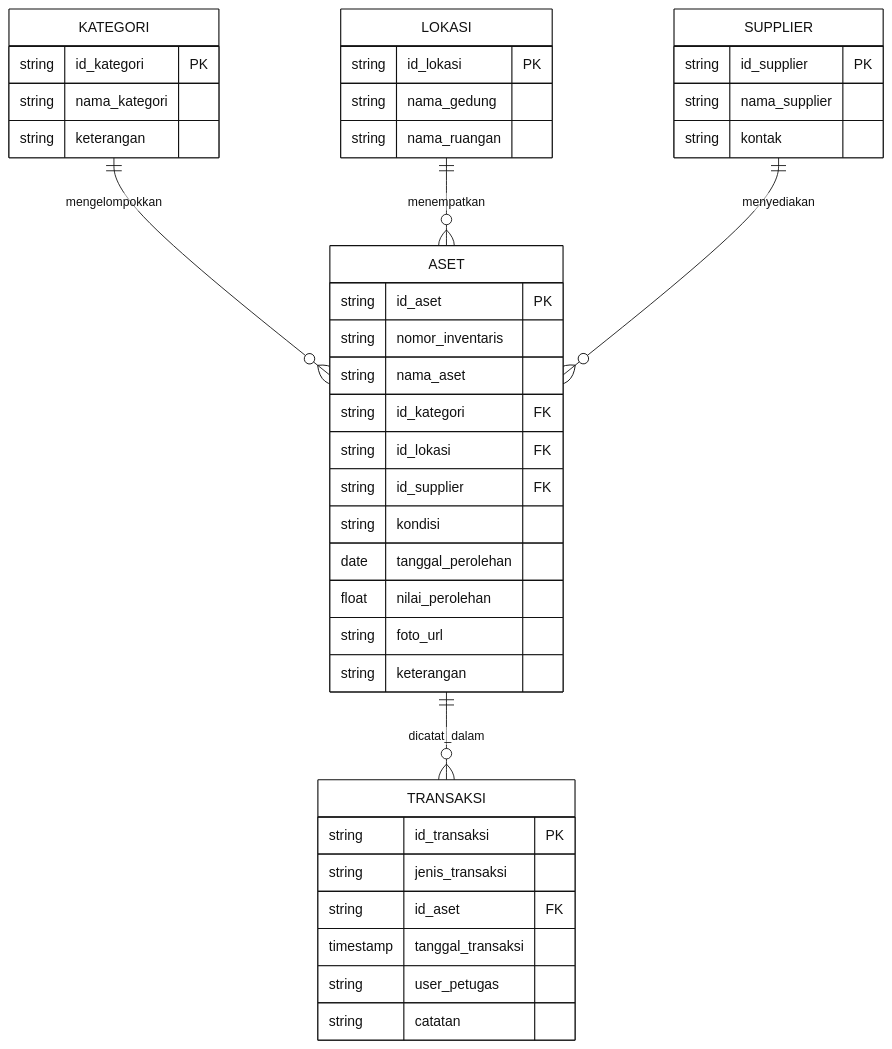
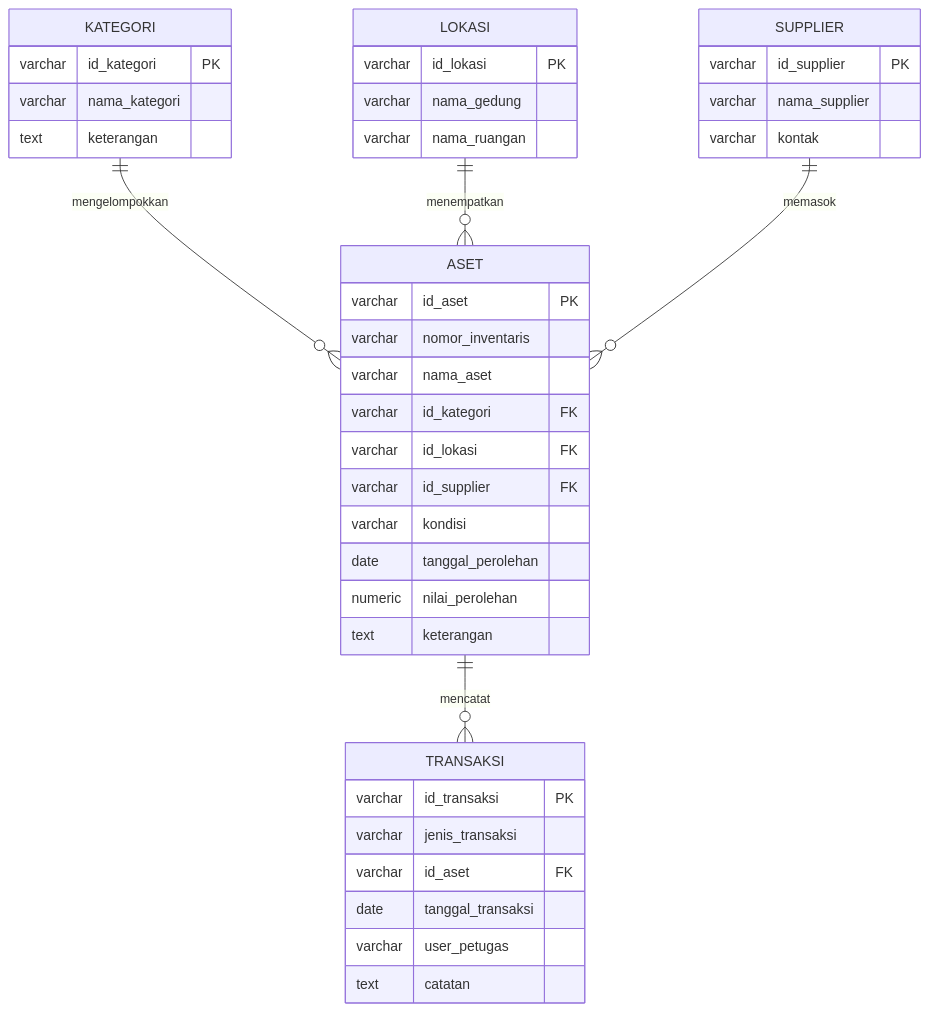
One commit to HeinrichRaxwell/Sarpras changed the first of 2 diagrams in docs/perancangan.md. Above: the diagram before and after it, drawn with Mermaid. The commit also changed other lines of this file and 6 other files, not shown here.

````diff
--- a/docs/perancangan.md
+++ b/docs/perancangan.md
@@ -82,49 +69,47 @@
 ```mermaid
-%%{init: {'theme': 'base', 'themeVariables': { 'primaryColor': '#ffffff', 'primaryBorderColor': '#111111', 'primaryTextColor': '#111111', 'lineColor': '#111111', 'secondaryColor': '#ffffff', 'tertiaryColor': '#ffffff' }}}%%
 erDiagram
-    KATEGORI ||--o{ ASET : "mengelompokkan"
-    LOKASI ||--o{ ASET : "menempatkan"
-    SUPPLIER ||--o{ ASET : "menyediakan"
-    ASET ||--o{ TRANSAKSI : "dicatat_dalam"
+    KATEGORI ||--o{ ASET : mengelompokkan
+    LOKASI ||--o{ ASET : menempatkan
+    SUPPLIER ||--o{ ASET : memasok
+    ASET ||--o{ TRANSAKSI : mencatat
 
     KATEGORI {
-        string id_kategori PK
-        string nama_kategori
-        string keterangan
+        varchar id_kategori PK
+        varchar nama_kategori
+        text keterangan
     }
 
     LOKASI {
-        string id_lokasi PK
-        string nama_gedung
-        string nama_ruangan
+        varchar id_lokasi PK
+        varchar nama_gedung
+        varchar nama_ruangan
     }
 
     SUPPLIER {
-        string id_supplier PK
-        string nama_supplier
-        string kontak
+        varchar id_supplier PK
+        varchar nama_supplier
+        varchar kontak
     }
 
     ASET {
-        string id_aset PK
-        string nomor_inventaris
-        string nama_aset
-        string id_kategori FK
-        string id_lokasi FK
-        string id_supplier FK
-        string kondisi
+        varchar id_aset PK
+        varchar nomor_inventaris
+        varchar nama_aset
+        varchar id_kategori FK
+        varchar id_lokasi FK
+        varchar id_supplier FK
+        varchar kondisi
         date tanggal_perolehan
-        float nilai_perolehan
-        string foto_url
-        string keterangan
+        numeric nilai_perolehan
+        text keterangan
     }
 
     TRANSAKSI {
-        string id_transaksi PK
-        string jenis_transaksi
-        string id_aset FK
-        timestamp tanggal_transaksi
-        string user_petugas
-        string catatan
+        varchar id_transaksi PK
+        varchar jenis_transaksi
+        varchar id_aset FK
+        date tanggal_transaksi
+        varchar user_petugas
+        text catatan
     }
 ```
````
